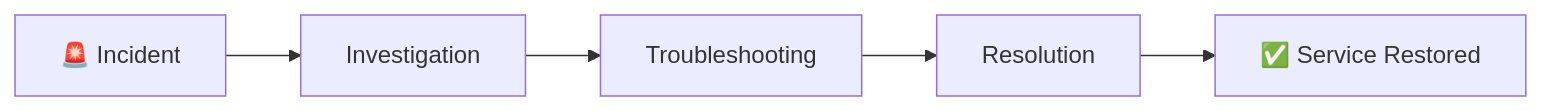
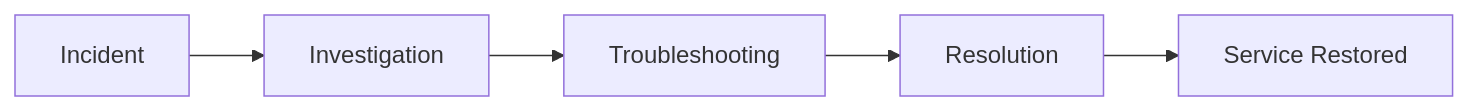
One commit to Yuvii2102/My-Devops-Cloud-Journey changed diagram 16 of 37 in DevOps-Labs-and-Projects/ Day-06 to Day-12/README.md. Above: the diagram before and after it, drawn with Mermaid. The commit also changed other lines of this file, not shown here.

````diff
--- a/DevOps-Labs-and-Projects/ Day-06 to Day-12/README.md
+++ b/DevOps-Labs-and-Projects/ Day-06 to Day-12/README.md
@@ -1059,7 +777,7 @@
 ```mermaid
 flowchart LR
-    A["🚨 Incident"] --> B["Investigation"]
+    A["Incident"] --> B["Investigation"]
     B --> C["Troubleshooting"]
     C --> D["Resolution"]
-    D --> E["✅ Service Restored"]
+    D --> E["Service Restored"]
 ```
````
